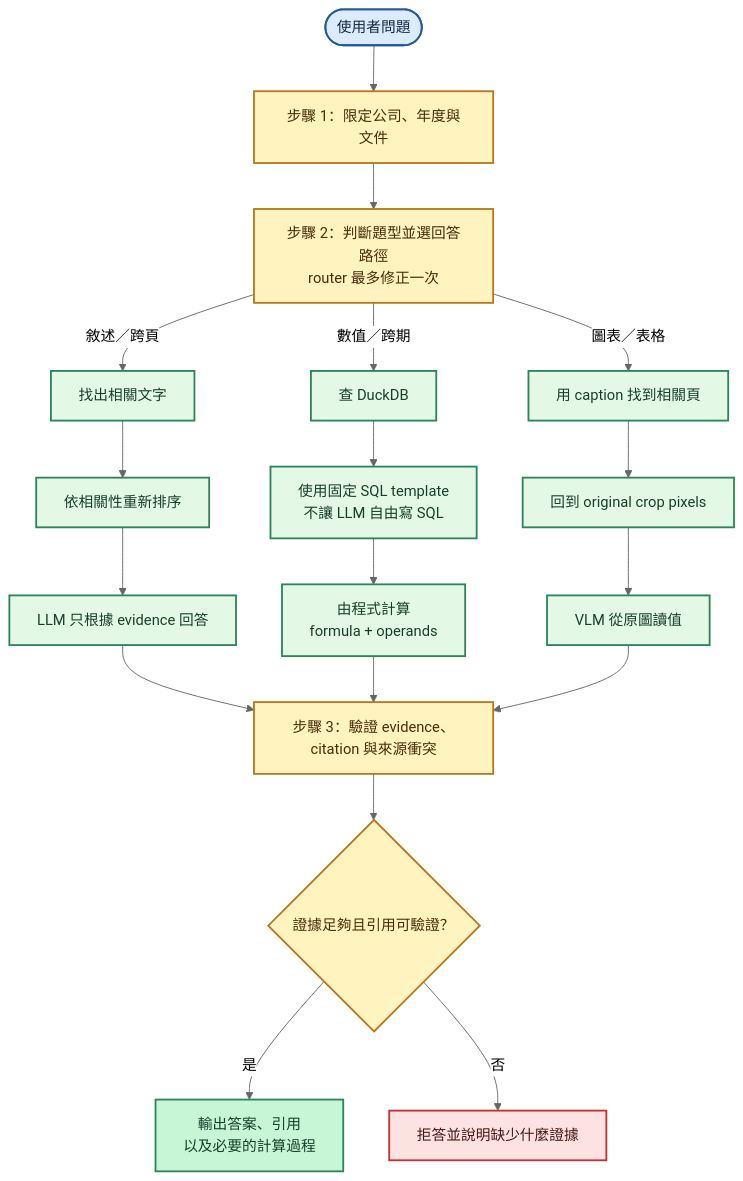
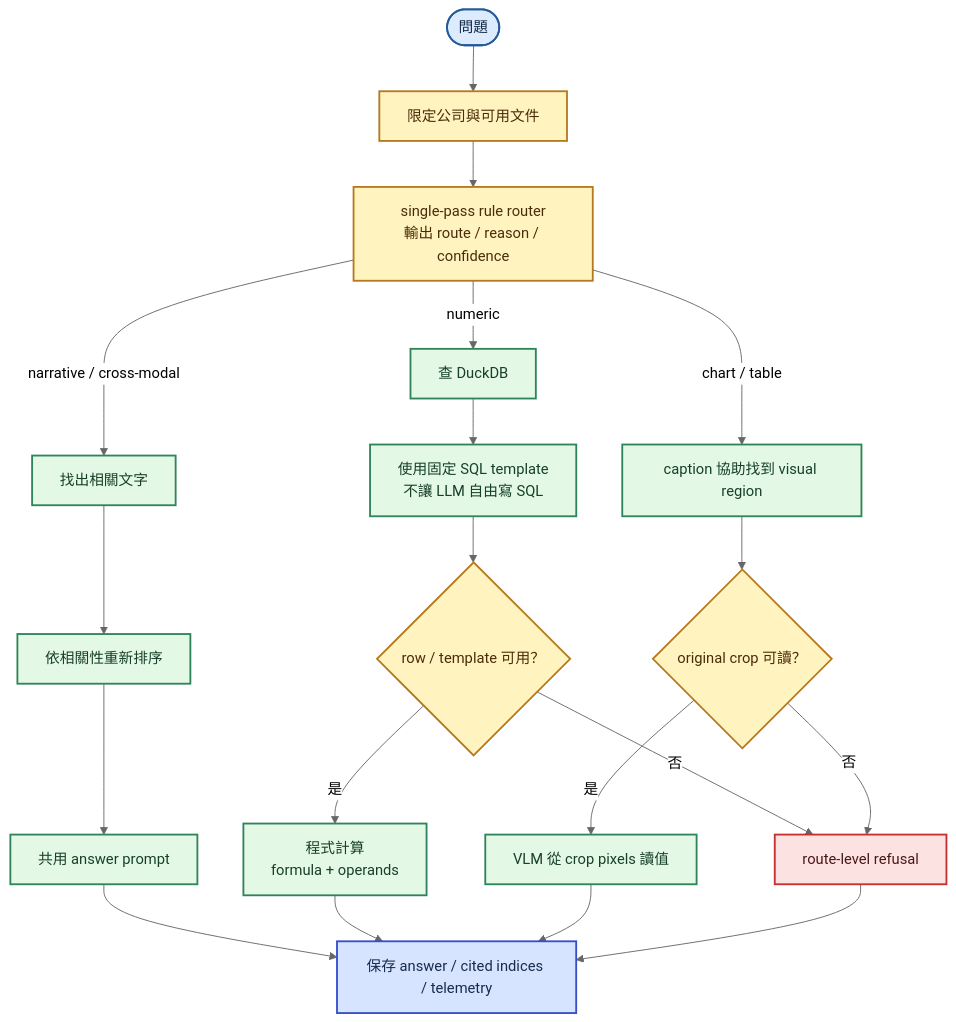
The third of 5 diagrams in README.md (kuotunyu/tw-filing-intelligence), drawn with Mermaid (neutral theme) before and after one commit. The commit also changed other lines of this file and 1 other file, not shown here.

Commit message:
docs: align filing study claims with frozen evidence

````diff
--- a/README.md
+++ b/README.md
@@ -96,36 +100,37 @@
 ```mermaid
 flowchart TD
-    Query(["使用者問題"]) --> Scope["步驟 1：限定公司、年度與文件"]
-    Scope --> Router["步驟 2：判斷題型並選回答路徑<br/>router 最多修正一次"]
+    Query(["問題"]) --> Scope["限定公司與可用文件"]
+    Scope --> Router["single-pass rule router<br/>輸出 route / reason / confidence"]
 
-    Router -->|"敘述／跨頁"| Narrative["找出相關文字"]
+    Router -->|"narrative / cross-modal"| Narrative["找出相關文字"]
     Narrative --> Rerank["依相關性重新排序"]
-    Rerank --> Generate["LLM 只根據 evidence 回答"]
+    Rerank --> Generate["共用 answer prompt"]
 
-    Router -->|"數值／跨期"| Numeric["查 DuckDB"]
+    Router -->|"numeric"| Numeric["查 DuckDB"]
     Numeric --> SQL["使用固定 SQL template<br/>不讓 LLM 自由寫 SQL"]
-    SQL --> Calc["由程式計算<br/>formula + operands"]
+    SQL --> NumericResult{"row / template 可用？"}
+    NumericResult -->|"是"| Calc["程式計算<br/>formula + operands"]
+    NumericResult -->|"否"| RouteRefusal["route-level refusal"]
 
-    Router -->|"圖表／表格"| Chart["用 caption 找到相關頁"]
-    Chart --> Crop["回到 original crop pixels"]
-    Crop --> VLM["VLM 從原圖讀值"]
+    Router -->|"chart / table"| Visual["caption 協助找到 visual region"]
+    Visual --> Crop{"original crop 可讀？"}
+    Crop -->|"是"| VLM["VLM 從 crop pixels 讀值"]
+    Crop -->|"否"| RouteRefusal
 
-    Generate --> Check["步驟 3：驗證 evidence、citation 與來源衝突"]
-    Calc --> Check
-    VLM --> Check
-    Check --> Valid{"證據足夠且引用可驗證？"}
-    Valid -->|"是"| Answer["輸出答案、引用<br/>以及必要的計算過程"]
-    Valid -->|"否"| Refusal["拒答並說明缺少什麼證據"]
+    Generate --> Output["保存 answer / cited indices / telemetry"]
+    Calc --> Output
+    VLM --> Output
+    RouteRefusal --> Output
 
     classDef input fill:#DDEBFF,stroke:#245A9A,stroke-width:2px,color:#102A43
     classDef control fill:#FFF3BF,stroke:#B7791F,stroke-width:2px,color:#4A2C0A
     classDef route fill:#E3F9E5,stroke:#2F855A,stroke-width:2px,color:#173F2A
-    classDef success fill:#C6F6D5,stroke:#2F855A,stroke-width:2px,color:#173F2A
+    classDef output fill:#D6E4FF,stroke:#364FC7,stroke-width:2px,color:#172B4D
     classDef refusal fill:#FDE2E2,stroke:#C53030,stroke-width:2px,color:#4A1717
 
     class Query input
-    class Scope,Router,Check,Valid control
-    class Narrative,Rerank,Generate,Numeric,SQL,Calc,Chart,Crop,VLM route
-    class Answer success
-    class Refusal refusal
+    class Scope,Router,NumericResult,Crop control
+    class Narrative,Rerank,Generate,Numeric,SQL,Calc,Visual,VLM route
+    class Output output
+    class RouteRefusal refusal
 ```
````
